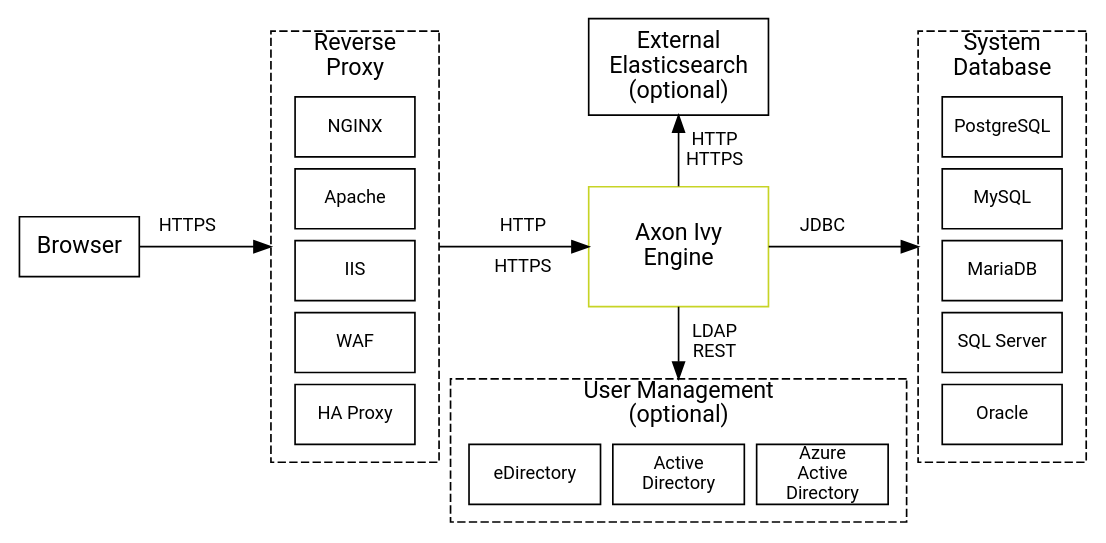
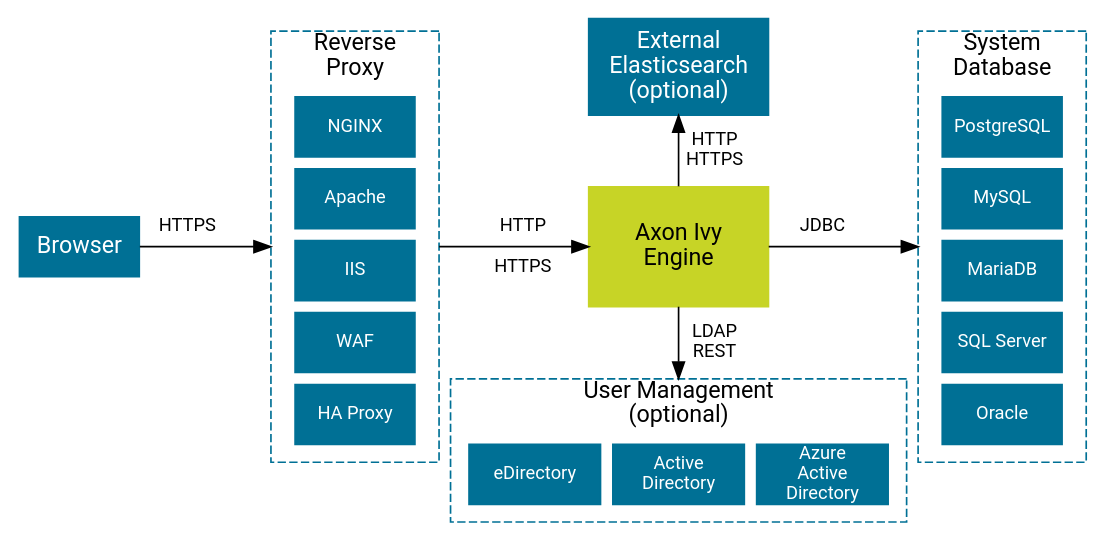
The diagram in source/engine-guide/integration/overview.dot (bernhardAxonIvy/doc), drawn with Graphviz before and after one commit.

Commit message:
XIVY-9327 standardized node presets to have true WYSIWYG

```diff
--- a/source/engine-guide/integration/overview.dot
+++ b/source/engine-guide/integration/overview.dot
@@ -1,45 +1,45 @@
 digraph overview {
   layout=neato;
-  node [shape=box, fontname="Roboto,Helvetica Neue,Arial,sans-serif", fixedsize="true", margin=0]; 
+  node [shape=box, fontname="Roboto,Helvetica Neue,Arial,sans-serif", fontcolor="#FFFFFF", color="#007095", style=filled, fixedsize="true", margin=0]; 
   
   /* nodes */
   browser         [ label="Browser",                    pos="0.4,2.5!", width="1"];
 
   reverseProxy    [label="Reverse\nProxy",              pos="2.7,2.5!", height="3.6", width="1.4", style="dashed", fontcolor="black", labelloc="t"];
   frontendNginx   [label="NGINX",                       pos="2.7,3.5!", height="0.5", width="1.0", fontsize=11];
   frontendApache  [label="Apache",                      pos="2.7,2.9!", height="0.5", width="1.0", fontsize=11];
   frontendIIS     [label="IIS",                         pos="2.7,2.3!", height="0.5", width="1.0", fontsize=11];
   frontendWAF     [label="WAF",                         pos="2.7,1.7!", height="0.5", width="1.0", fontsize=11];
   frontendHA      [label="HA Proxy",                    pos="2.7,1.1!", height="0.5", width="1.0", fontsize=11];
  
   engine          [label="Axon Ivy\nEngine",            pos="5.4,2.5!", height="1.0", width="1.5", color="#C7D426", fontcolor="black"];
   
   userManagement  [label="User Management\n(optional)", pos="5.4,0.8!", height="1.2", width="3.8" style="dashed" fontcolor="black" labelloc="t"];
   eDirectory      [label="eDirectory",                  pos="4.2,0.6!", height="0.5", width="1.1", fontsize=11];
   activeDirectory [label="Active\nDirectory",           pos="5.4,0.6!", height="0.5", width="1.1", fontsize=11];
   azureAD         [label="Azure\nActive\nDirectory",    pos="6.6,0.6!", height="0.5", width="1.1", fontsize=11];
 
   systemdb        [label="System\nDatabase",            pos="8.1,2.5!", height="3.6", width="1.4", style="dashed" fontcolor="black" labelloc="t"]
   postgres        [label="PostgreSQL",                  pos="8.1,3.5!", height="0.5", width="1.0", fontsize=11]
   mysql           [label="MySQL",                       pos="8.1,2.9!", height="0.5", width="1.0", fontsize=11]
   mariadb         [label="MariaDB",                     pos="8.1,2.3!", height="0.5", width="1.0", fontsize=11]
   mssql           [label="SQL Server",                  pos="8.1,1.7!", height="0.5", width="1.0", fontsize=11]
   oracle          [label="Oracle",                      pos="8.1,1.1!", height="0.5", width="1.0", fontsize=11]
 
   elasticsearch [ label="External\nElasticsearch\n(optional)", pos="5.4,4.0!", height="0.8" width="1.5"]
 
   /* edges */
   browser -> reverseProxy;
   reverseProxy -> engine;
   engine -> userManagement;
   engine -> systemdb;
   engine -> elasticsearch;
 
    /* edge labels */  
   browser_reverseProxy [ label="HTTPS\n \n ",  pos = "1.3,2.5!", shape=none, fillcolor=none, fontcolor=black, fontsize=11];
   reverseProxy_engine [ label="HTTP\n\nHTTPS", pos = "4.1,2.5!", shape=none, fillcolor=none, fontcolor=black, fontsize=11];
   engine_userManagement [ label="LDAP\nREST",  pos = "5.7,1.7!", shape=none, fillcolor=none, fontcolor=black, fontsize=11];
   engine_systemdb [ label="JDBC\n \n ",        pos = "6.6,2.5!", shape=none, fillcolor=none, fontcolor=black, fontsize=11];
   engine_elasticsearch [label="HTTP\nHTTPS",   pos = "5.7,3.3!", shape=none, fillcolor=none, fontcolor=black, fontsize=11];
   
 }
```
